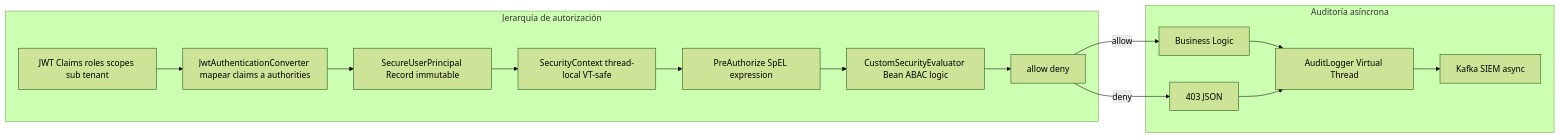
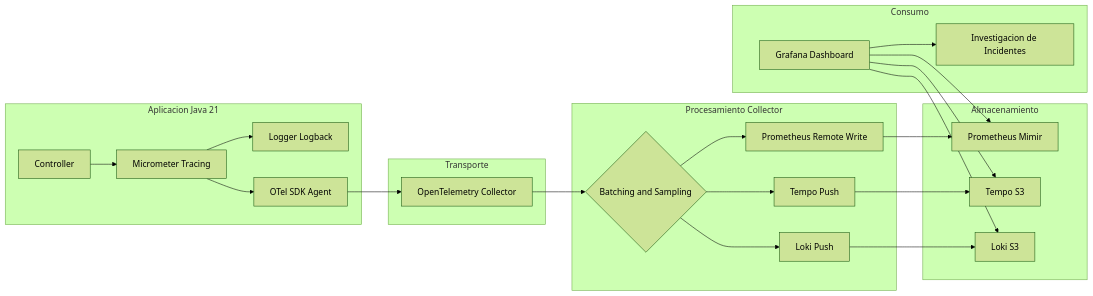
The second of 3 diagrams in 03_Spring_Ecosystem/spring_security_6_avanzado_metodo_a_metodo_y_oauth2_resource_server_STAFF.md (Joaquinriosheredia/DAM-Java-Mastery), drawn with Mermaid (forest theme) before and after one commit. The commit also changed other lines of this file, not shown here.

Commit message:
spring_security_6_avanzado_metodo_a_metodo_y_oauth2_resource_server_STAFF.md

````diff
--- a/03_Spring_Ecosystem/spring_security_6_avanzado_metodo_a_metodo_y_oauth2_resource_server_STAFF.md
+++ b/03_Spring_Ecosystem/spring_security_6_avanzado_metodo_a_metodo_y_oauth2_resource_server_STAFF.md
@@ -130,19 +140,32 @@
 ```mermaid
 graph LR
-    subgraph "Jerarquía de autorización"
-        JWT[JWT Claims roles scopes sub tenant] --> CONV[JwtAuthenticationConverter mapear claims a authorities]
-        CONV --> PRINCIPAL[SecureUserPrincipal Record immutable]
-        PRINCIPAL --> CTX[SecurityContext thread-local VT-safe]
-        CTX --> PRE[PreAuthorize SpEL expression]
-        PRE --> EVAL[CustomSecurityEvaluator Bean ABAC logic]
-        EVAL --> DECISION[allow deny]
+    subgraph "Aplicacion Java 21"
+        A[Controller] --> B[Micrometer Tracing]
+        B --> C[Logger Logback]
+        B --> D[OTel SDK Agent]
     end
-    
-    subgraph "Auditoría asíncrona"
-        DECISION -->|allow| BIZ2[Business Logic]
-        DECISION -->|deny| ERR2[403 JSON]
-        BIZ2 --> AUDIT2[AuditLogger Virtual Thread]
-        ERR2 --> AUDIT2
-        AUDIT2 --> KAFKA[Kafka SIEM async]
+
+    subgraph "Transporte"
+        D --> E[OpenTelemetry Collector]
+    end
+
+    subgraph "Procesamiento Collector"
+        E --> F{Batching and Sampling}
+        F --> G[Prometheus Remote Write]
+        F --> H[Tempo Push]
+        F --> I[Loki Push]
+    end
+
+    subgraph "Almacenamiento"
+        G --> J[Prometheus Mimir]
+        H --> K[Tempo S3]
+        I --> L[Loki S3]
+    end
+
+    subgraph "Consumo"
+        M[Grafana Dashboard] --> J
+        M --> K
+        M --> L
+        M --> N[Investigacion de Incidentes]
     end
 ```
````
